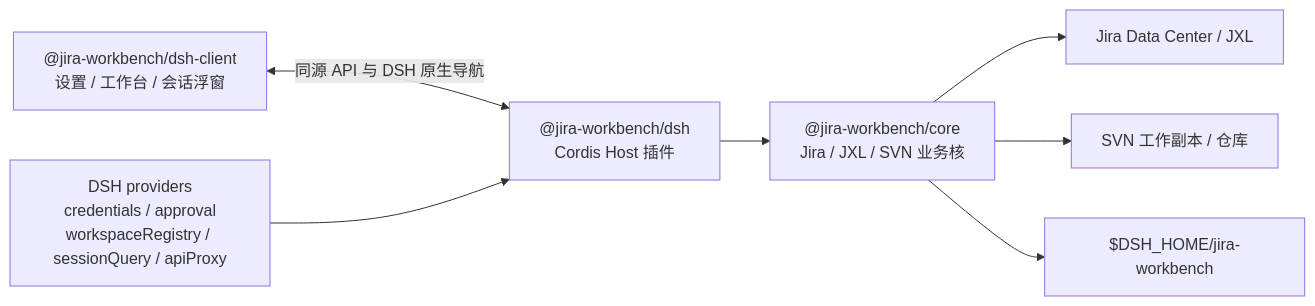
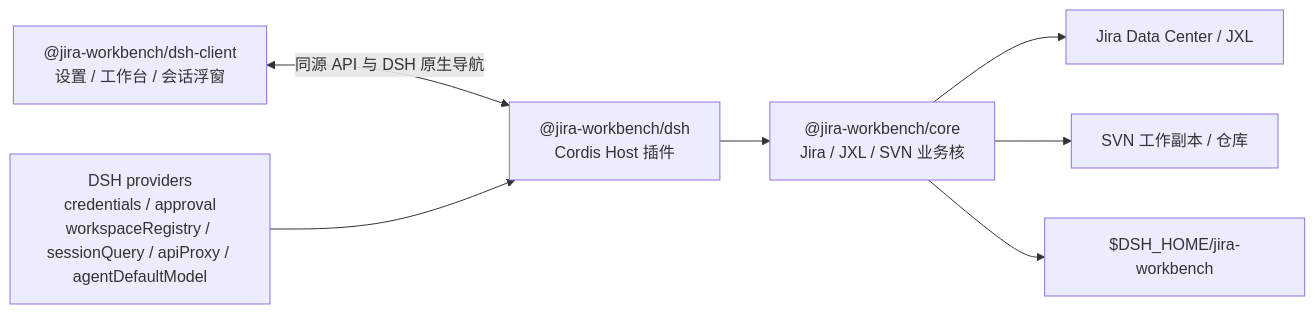
Before and after one commit to yzj555/jira-codex-panel-poc: the diagram in packages/dsh/DESIGN.md, drawn with Mermaid. The commit also changed other lines of this file and 24 other files, not shown here.

Commit message:
发布 0.33.6：完善 DSH 原生图片消息与视觉模型路由

````diff
--- a/packages/dsh/DESIGN.md
+++ b/packages/dsh/DESIGN.md
@@ -20,17 +20,17 @@
 ```mermaid
 flowchart LR
     UI["@jira-workbench/dsh-client<br/>设置 / 工作台 / 会话浮窗"]
     Host["@jira-workbench/dsh<br/>Cordis Host 插件"]
     Core["@jira-workbench/core<br/>Jira / JXL / SVN 业务核"]
-    Providers["DSH providers<br/>credentials / approval<br/>workspaceRegistry / sessionQuery / apiProxy"]
+    Providers["DSH providers<br/>credentials / approval<br/>workspaceRegistry / sessionQuery / apiProxy / agentDefaultModel"]
     Jira["Jira Data Center / JXL"]
     SVN["SVN 工作副本 / 仓库"]
     Data["$DSH_HOME/jira-workbench"]
 
     UI <-->|同源 API 与 DSH 原生导航| Host
     Host --> Core
     Providers --> Host
     Core --> Jira
     Core --> SVN
     Core --> Data
 ```
````
